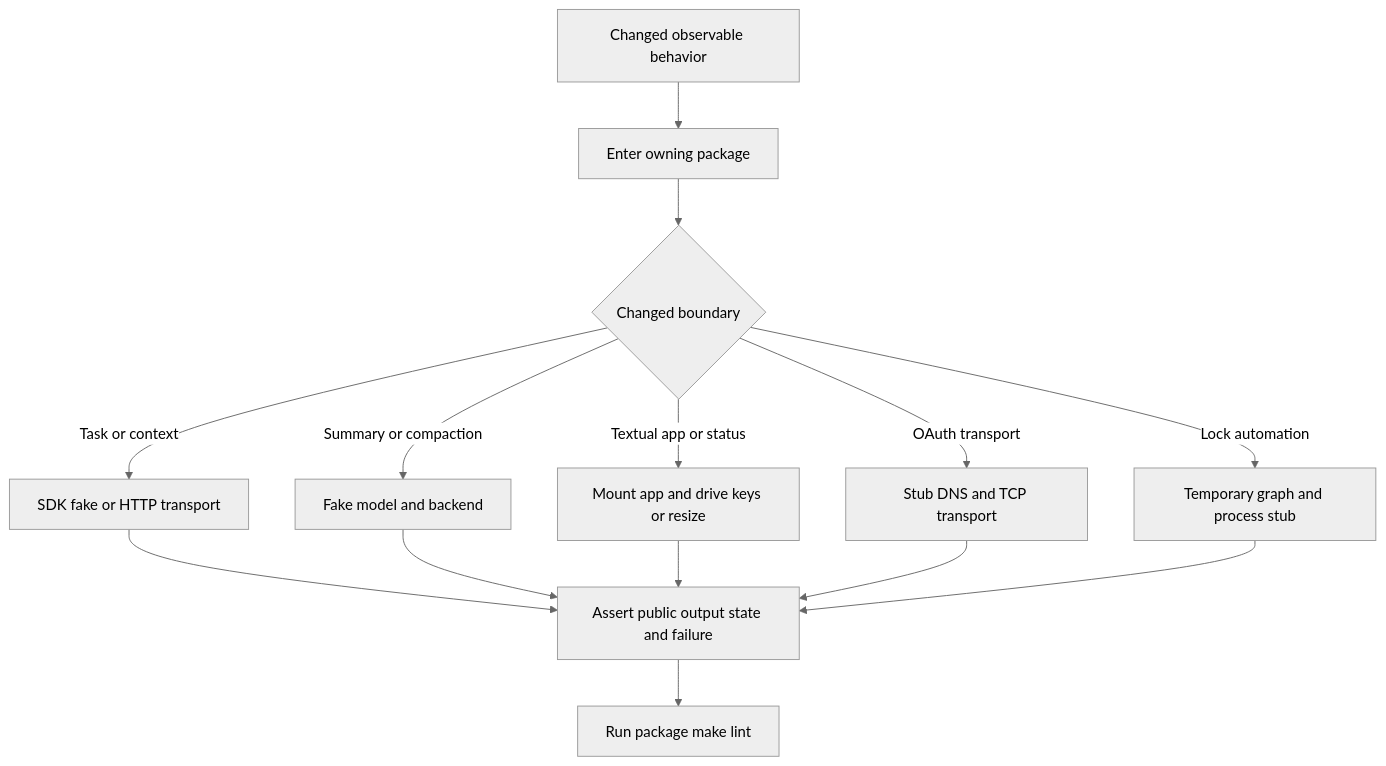
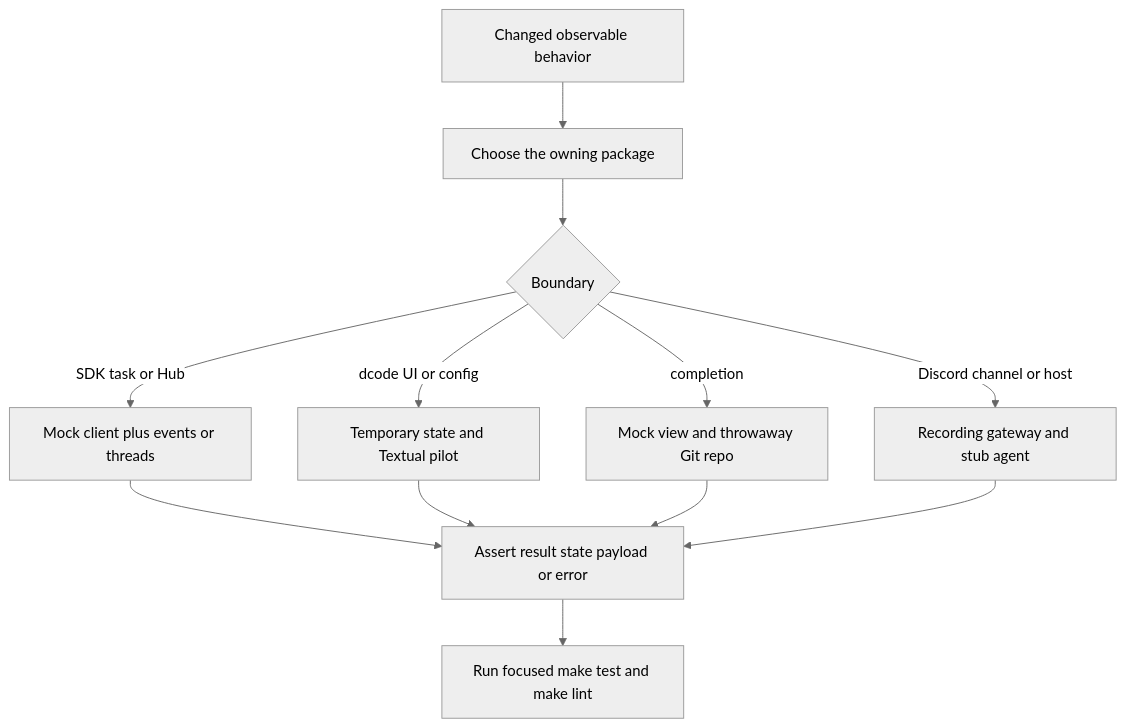
The diagram in openwiki/testing/testing-guide.md (langchain-ai/deepagents), drawn with Mermaid (neutral theme) before and after one commit. The commit also changed other lines of this file and 37 other files, not shown here.

````diff
--- a/openwiki/testing/testing-guide.md
+++ b/openwiki/testing/testing-guide.md
@@ -87,16 +85,14 @@
 ```mermaid
 flowchart TD
-    Change["Changed observable behavior"] --> Owner["Enter owning package"]
-    Owner --> Boundary{"Changed boundary"}
-    Boundary -->|"Task or context"| Async["SDK fake or HTTP transport"]
-    Boundary -->|"Summary or compaction"| Compact["Fake model and backend"]
-    Boundary -->|"Textual app or status"| Tui["Mount app and drive keys or resize"]
-    Boundary -->|"OAuth transport"| OAuth["Stub DNS and TCP transport"]
-    Boundary -->|"Lock automation"| Locks["Temporary graph and process stub"]
-    Async --> Assert["Assert public output state and failure"]
-    Compact --> Assert
-    Tui --> Assert
-    OAuth --> Assert
-    Locks --> Assert
-    Assert --> Lint["Run package make lint"]
+    Change["Changed observable behavior"] --> Owner["Choose the owning package"]
+    Owner --> Boundary{"Boundary"}
+    Boundary -->|"SDK task or Hub"| SDK["Mock client plus events or threads"]
+    Boundary -->|"dcode UI or config"| Dcode["Temporary state and Textual pilot"]
+    Boundary -->|"completion"| Complete["Mock view and throwaway Git repo"]
+    Boundary -->|"Discord channel or host"| Discord["Recording gateway and stub agent"]
+    SDK --> Assert["Assert result state payload or error"]
+    Dcode --> Assert
+    Complete --> Assert
+    Discord --> Assert
+    Assert --> Check["Run focused make test and make lint"]
 ```
````
